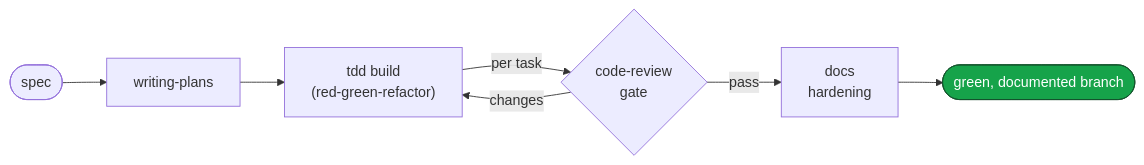
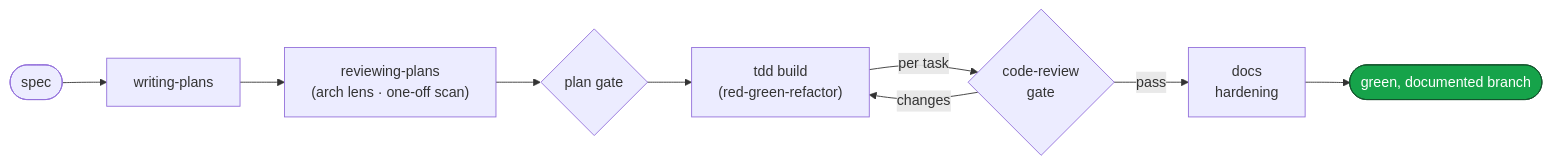
The sixth of 6 diagrams in README.md (dashworthy/engineering), drawn with Mermaid before and after one commit. The commit also changed other lines of this file and 11 other files, not shown here.

````diff
--- a/README.md
+++ b/README.md
@@ -146,11 +148,13 @@
 ```mermaid
 flowchart LR
     classDef done fill:#16a34a,stroke:#14532d,color:#fff
 
     SPEC(["spec"]) --> P["writing-plans"]
-    P --> B["tdd build<br/>(red-green-refactor)"]
+    P --> RV["reviewing-plans<br/>(arch lens · one-off scan)"]
+    RV --> PG{"plan gate"}
+    PG --> B["tdd build<br/>(red-green-refactor)"]
     B -->|"per task"| R{"code-review<br/>gate"}
     R -->|"changes"| B
     R -->|"pass"| DOC["docs<br/>hardening"]
     DOC --> DONE(["green, documented branch"]):::done
 ```
````
